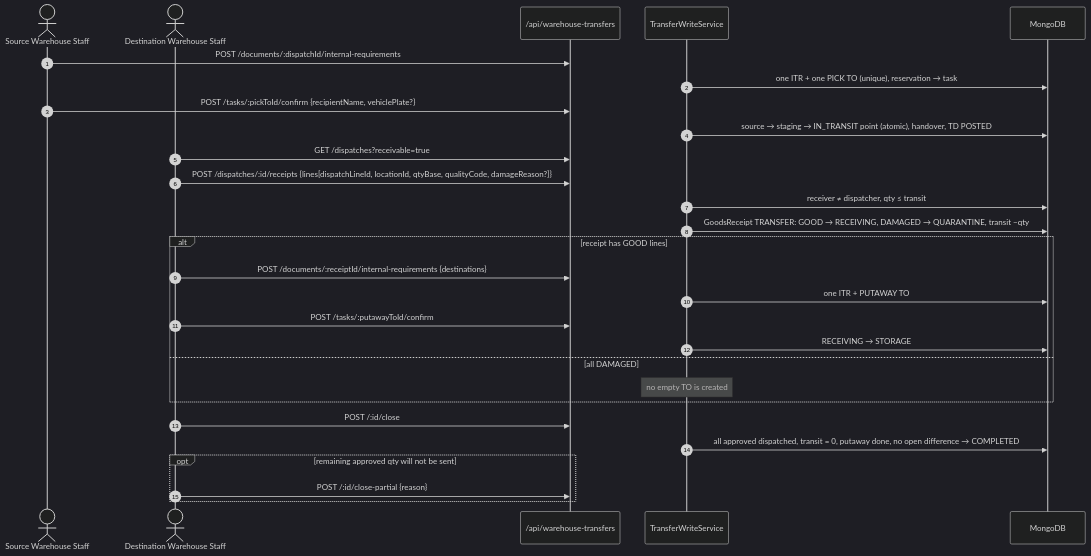
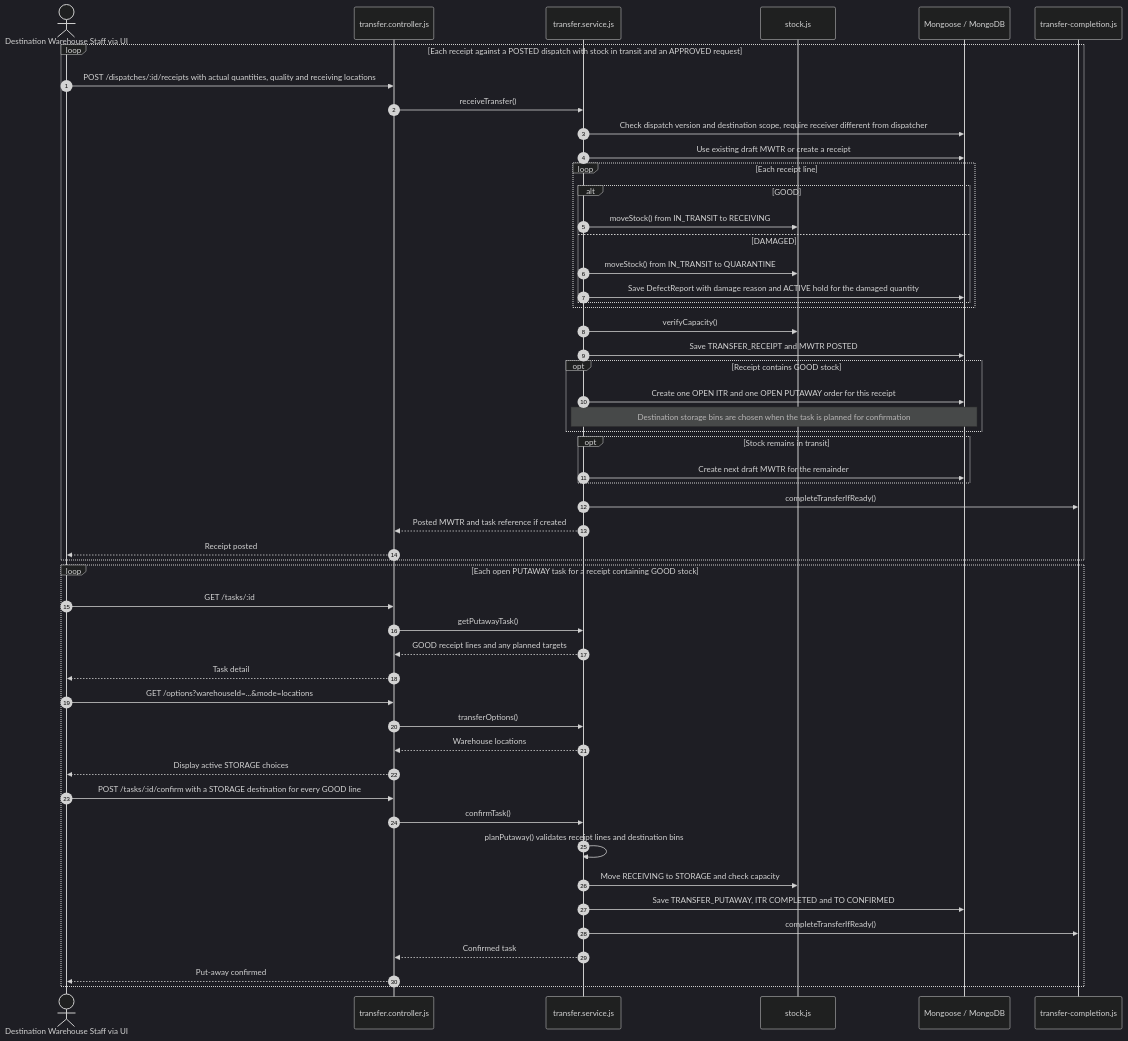
One commit to bupbalabup/wmsd_be changed diagram 35 of 46 in git_doc/docs/01_bao_cao/WMSD_Report4_Draft.md. Above: the diagram before and after it, drawn with Mermaid (dark theme). The commit also changed other lines of this file, not shown here.

````diff
--- a/git_doc/docs/01_bao_cao/WMSD_Report4_Draft.md
+++ b/git_doc/docs/01_bao_cao/WMSD_Report4_Draft.md
@@ -2162,30 +2328,54 @@
 ```mermaid
 sequenceDiagram
   autonumber
-  actor WS as Source Warehouse Staff
-  actor WD as Destination Warehouse Staff
-  participant API as /api/warehouse-transfers
-  participant S as TransferWriteService
-  participant DB as MongoDB
-  WS->>API: POST /documents/:dispatchId/internal-requirements
-  S->>DB: one ITR + one PICK TO (unique), reservation → task
-  WS->>API: POST /tasks/:pickToId/confirm {recipientName, vehiclePlate?}
-  S->>DB: source → staging → IN_TRANSIT point (atomic), handover, TD POSTED
-  WD->>API: GET /dispatches?receivable=true
-  WD->>API: POST /dispatches/:id/receipts {lines[dispatchLineId, locationId, qtyBase, qualityCode, damageReason?]}
-  S->>DB: receiver ≠ dispatcher, qty ≤ transit
-  S->>DB: GoodsReceipt TRANSFER: GOOD → RECEIVING, DAMAGED → QUARANTINE, transit −qty
-  alt receipt has GOOD lines
-    WD->>API: POST /documents/:receiptId/internal-requirements {destinations}
-    S->>DB: one ITR + PUTAWAY TO
-    WD->>API: POST /tasks/:putawayToId/confirm
-    S->>DB: RECEIVING → STORAGE
-  else all DAMAGED
-    Note over S: no empty TO is created
+  actor W as Destination Warehouse Staff via UI
+  participant C as transfer.controller.js
+  participant S as transfer.service.js
+  participant K as stock.js
+  participant DB as Mongoose / MongoDB
+  participant F as transfer-completion.js
+  loop Each receipt against a POSTED dispatch with stock in transit and an APPROVED request
+    W->>C: POST /dispatches/:id/receipts with actual quantities, quality and receiving locations
+    C->>S: receiveTransfer()
+    S->>DB: Check dispatch version and destination scope, require receiver different from dispatcher
+    S->>DB: Use existing draft MWTR or create a receipt
+    loop Each receipt line
+      alt GOOD
+        S->>K: moveStock() from IN_TRANSIT to RECEIVING
+      else DAMAGED
+        S->>K: moveStock() from IN_TRANSIT to QUARANTINE
+        S->>DB: Save DefectReport with damage reason and ACTIVE hold for the damaged quantity
+      end
+    end
+    S->>K: verifyCapacity()
+    S->>DB: Save TRANSFER_RECEIPT and MWTR POSTED
+    opt Receipt contains GOOD stock
+      S->>DB: Create one OPEN ITR and one OPEN PUTAWAY order for this receipt
+      Note over S,DB: Destination storage bins are chosen when the task is planned for confirmation
+    end
+    opt Stock remains in transit
+      S->>DB: Create next draft MWTR for the remainder
+    end
+    S->>F: completeTransferIfReady()
+    S-->>C: Posted MWTR and task reference if created
+    C-->>W: Receipt posted
   end
-  WD->>API: POST /:id/close
-  S->>DB: all approved dispatched, transit = 0, putaway done, no open difference → COMPLETED
-  opt remaining approved qty will not be sent
-    WD->>API: POST /:id/close-partial {reason}
+  loop Each open PUTAWAY task for a receipt containing GOOD stock
+    W->>C: GET /tasks/:id
+    C->>S: getPutawayTask()
+    S-->>C: GOOD receipt lines and any planned targets
+    C-->>W: Task detail
+    W->>C: GET /options?warehouseId=...&mode=locations
+    C->>S: transferOptions()
+    S-->>C: Warehouse locations
+    C-->>W: Display active STORAGE choices
+    W->>C: POST /tasks/:id/confirm with a STORAGE destination for every GOOD line
+    C->>S: confirmTask()
+    S->>S: planPutaway() validates receipt lines and destination bins
+    S->>K: Move RECEIVING to STORAGE and check capacity
+    S->>DB: Save TRANSFER_PUTAWAY, ITR COMPLETED and TO CONFIRMED
+    S->>F: completeTransferIfReady()
+    S-->>C: Confirmed task
+    C-->>W: Put-away confirmed
   end
 ```
````
